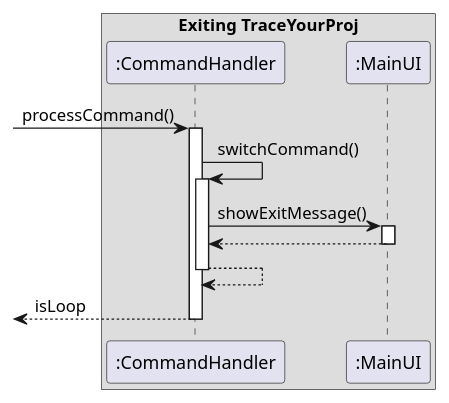
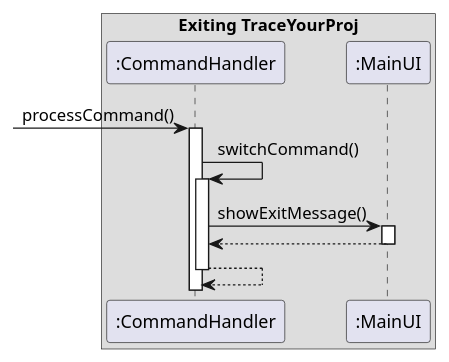
One commit to s-t-e-f/tp changed the diagram in puml_files/Exit.puml. Above: the diagram before and after it, drawn with PlantUML. The commit also changed 5 other files, not shown here.

Commit message:
Fix uml diagrams and about us

```diff
--- a/puml_files/Exit.puml
+++ b/puml_files/Exit.puml
@@ -1,24 +1,24 @@
 @startuml
 
 box Exiting TraceYourProj
 participant ":CommandHandler" as CH
 participant ":MainUI" as MUI
 end box
 
 
 [-> CH : processCommand()
 activate CH
 
 CH -> CH : switchCommand()
 activate CH
 
 CH -> MUI : showExitMessage()
 activate MUI
 return
 
 return
-return isLoop
+
 
 
 
 @enduml
```
